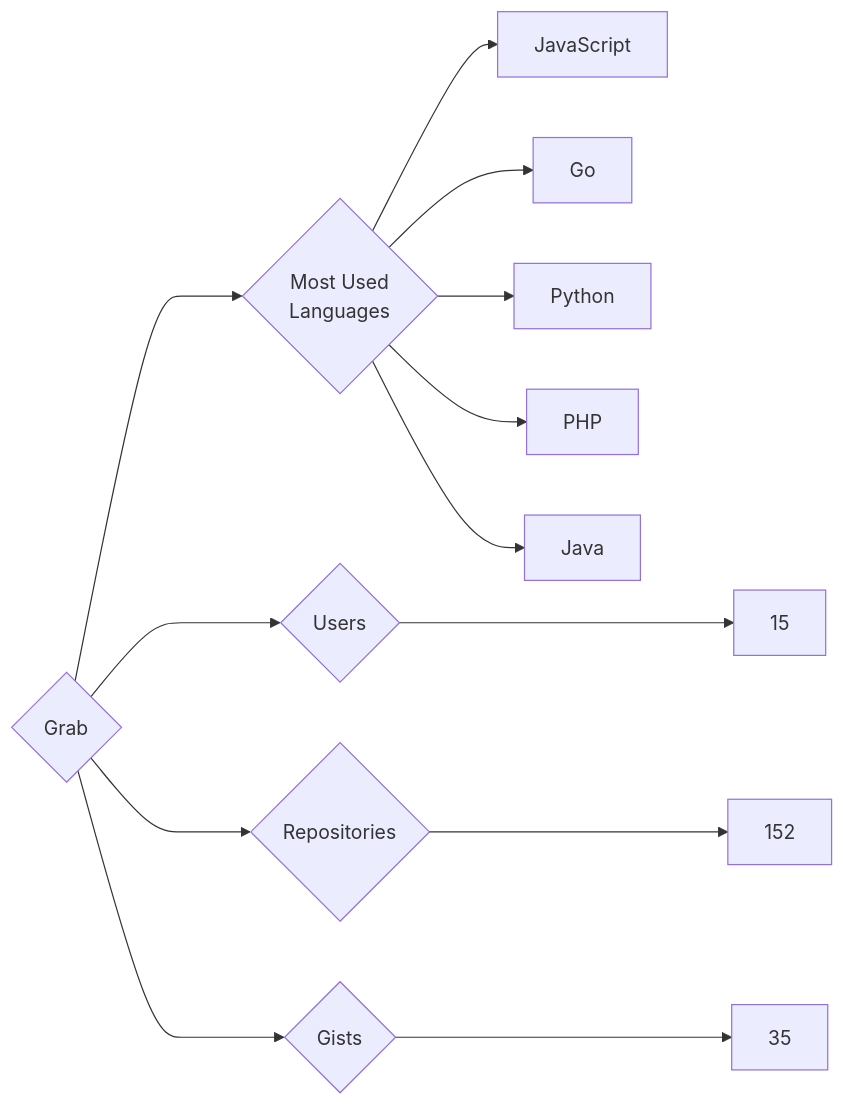
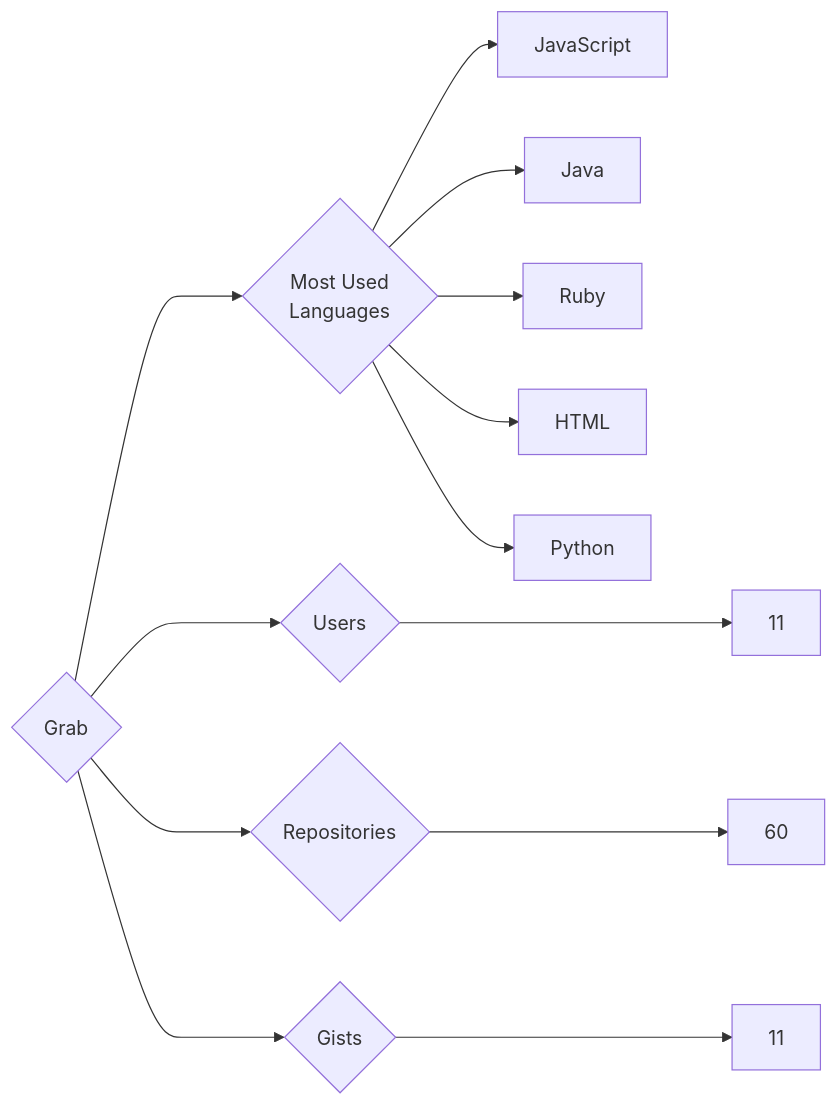
The diagram in targets/Grab/README.md (trickest/insiders), drawn with Mermaid before and after one commit. The commit also changed 721 other files, not shown here.

````diff
--- a/targets/Grab/README.md
+++ b/targets/Grab/README.md
@@ -3,13 +3,13 @@
 ```mermaid
 graph LR
 COMPANY_NAME{Grab}
-COMPANY_NAME ---> U{Users} ---> UN[15]
-COMPANY_NAME ---> R{Repositories} ---> RN[152]
-COMPANY_NAME ---> G{Gists} ---> GN[35]
+COMPANY_NAME ---> U{Users} ---> UN[11]
+COMPANY_NAME ---> R{Repositories} ---> RN[60]
+COMPANY_NAME ---> G{Gists} ---> GN[11]
 COMPANY_NAME ---> ML{Most Used<br>Languages}
 ML --> JavaScript[JavaScript]
-ML --> Go[Go]
+ML --> Java[Java]
+ML --> Ruby[Ruby]
+ML --> HTML[HTML]
 ML --> Python[Python]
-ML --> PHP[PHP]
-ML --> Java[Java]
 ```
````
